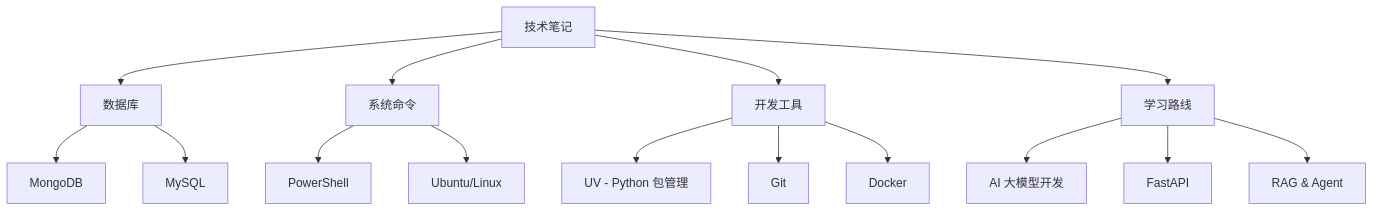
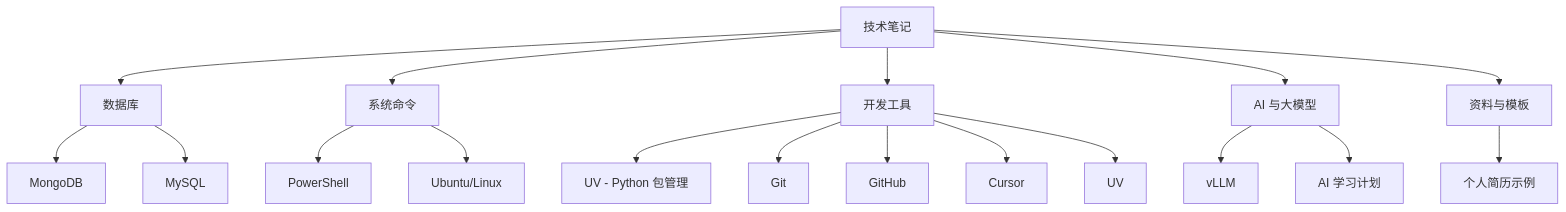
One commit to sadf5451321/notes changed the diagram in README.md. Above: the diagram before and after it, drawn with Mermaid. The commit also changed other lines of this file and 1 other file, not shown here.

````diff
--- a/README.md
+++ b/README.md
@@ -64,21 +81,25 @@
 ```mermaid
 graph TB
     A[技术笔记] --> B[数据库]
     A --> C[系统命令]
     A --> D[开发工具]
-    A --> E[学习路线]
+    A --> E[AI 与大模型]
+    A --> F[资料与模板]
     
     B --> B1[MongoDB]
     B --> B2[MySQL]
     
     C --> C1[PowerShell]
     C --> C2[Ubuntu/Linux]
     
     D --> D1[UV - Python 包管理]
     D --> D2[Git]
-    D --> D3[Docker]
+    D --> D3[GitHub]
+    D --> D4[Cursor]
+    D --> D5[UV]
     
-    E --> E1[AI 大模型开发]
-    E --> E2[FastAPI]
-    E --> E3[RAG & Agent]
+    E --> E1[vLLM]
+    E --> E2[AI 学习计划]
+    
+    F --> F1[个人简历示例]
 ```
````
